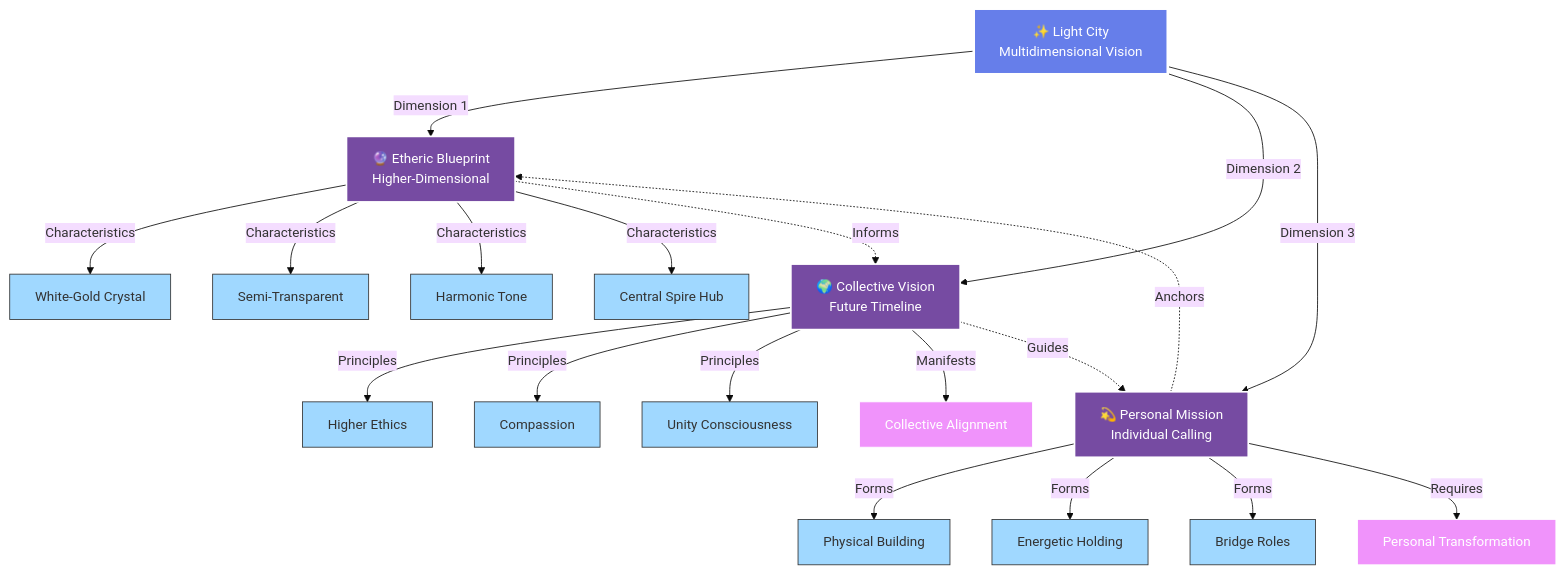
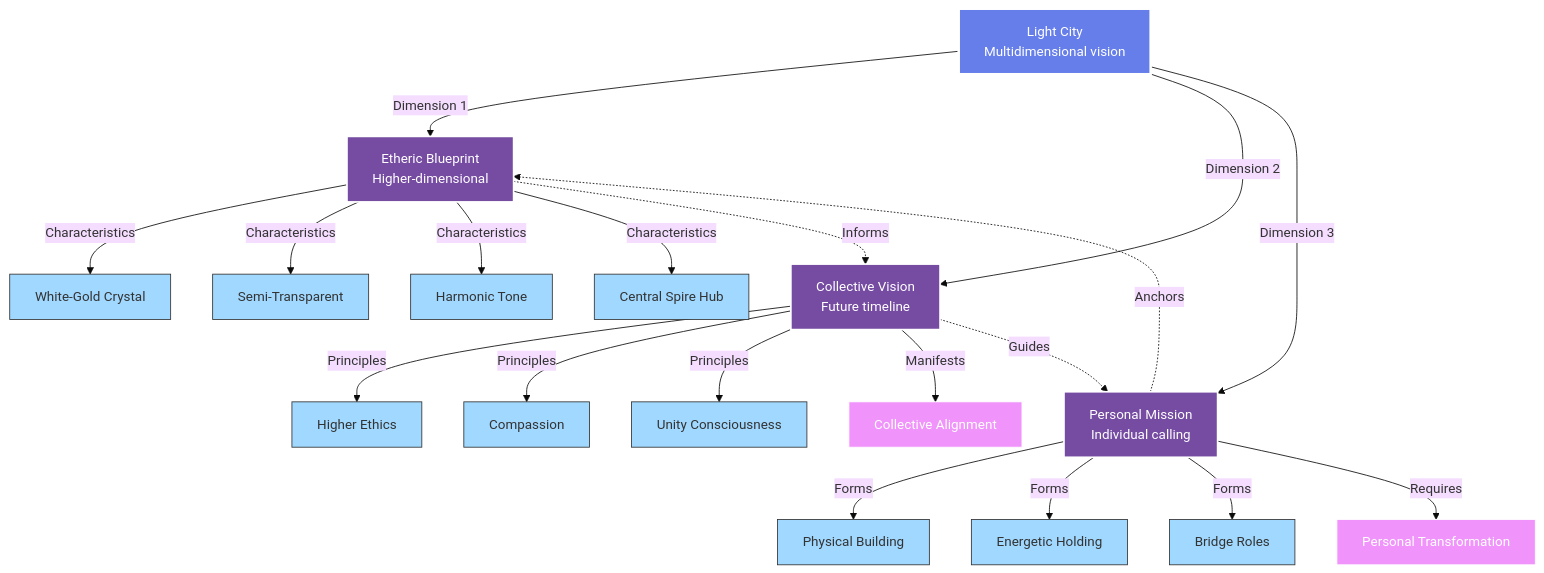
The diagram in website/docs/concepts/core-concepts.md (szemkoff/light-city-project), drawn with Mermaid (base theme) before and after one commit. The commit also changed other lines of this file and 16 other files, not shown here.

````diff
--- a/website/docs/concepts/core-concepts.md
+++ b/website/docs/concepts/core-concepts.md
@@ -34,44 +34,44 @@
 ```mermaid
 graph TB
-    LC["✨ Light City<br/>Multidimensional Vision"]
+    LC["Light City<br/>Multidimensional vision"]
     
-    LC -->|Dimension 1| EB["🔮 Etheric Blueprint<br/>Higher-Dimensional"]
-    LC -->|Dimension 2| CV["🌍 Collective Vision<br/>Future Timeline"]
-    LC -->|Dimension 3| PM["💫 Personal Mission<br/>Individual Calling"]
+    LC -->|Dimension 1| EB["Etheric Blueprint<br/>Higher-dimensional"]
+    LC -->|Dimension 2| CV["Collective Vision<br/>Future timeline"]
+    LC -->|Dimension 3| PM["Personal Mission<br/>Individual calling"]
     
     EB -->|Characteristics| EBC1["White-Gold Crystal"]
     EB -->|Characteristics| EBC2["Semi-Transparent"]
     EB -->|Characteristics| EBC3["Harmonic Tone"]
     EB -->|Characteristics| EBC4["Central Spire Hub"]
     
     CV -->|Principles| CVP1["Higher Ethics"]
     CV -->|Principles| CVP2["Compassion"]
     CV -->|Principles| CVP3["Unity Consciousness"]
     CV -->|Manifests| CVM["Collective Alignment"]
     
     PM -->|Forms| PMF1["Physical Building"]
     PM -->|Forms| PMF2["Energetic Holding"]
     PM -->|Forms| PMF3["Bridge Roles"]
     PM -->|Requires| PMR["Personal Transformation"]
     
     EB -.->|Informs| CV
     CV -.->|Guides| PM
     PM -.->|Anchors| EB
     
     style LC fill:#667eea,stroke:#fff,color:#fff,stroke-width:3px
     style EB fill:#764ba2,stroke:#fff,color:#fff,stroke-width:2px
     style CV fill:#764ba2,stroke:#fff,color:#fff,stroke-width:2px
     style PM fill:#764ba2,stroke:#fff,color:#fff,stroke-width:2px
     style CVM fill:#f093fb,stroke:#fff,color:#fff
     style PMR fill:#f093fb,stroke:#fff,color:#fff
     style EBC1 fill:#a0d8ff,stroke:#333
     style EBC2 fill:#a0d8ff,stroke:#333
     style EBC3 fill:#a0d8ff,stroke:#333
     style EBC4 fill:#a0d8ff,stroke:#333
     style CVP1 fill:#a0d8ff,stroke:#333
     style CVP2 fill:#a0d8ff,stroke:#333
     style CVP3 fill:#a0d8ff,stroke:#333
     style PMF1 fill:#a0d8ff,stroke:#333
     style PMF2 fill:#a0d8ff,stroke:#333
     style PMF3 fill:#a0d8ff,stroke:#333
 ```
````
